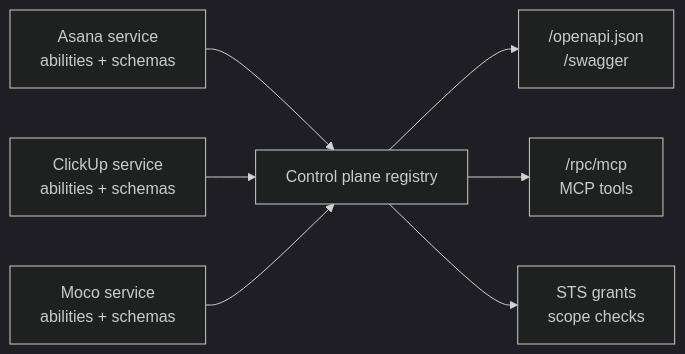
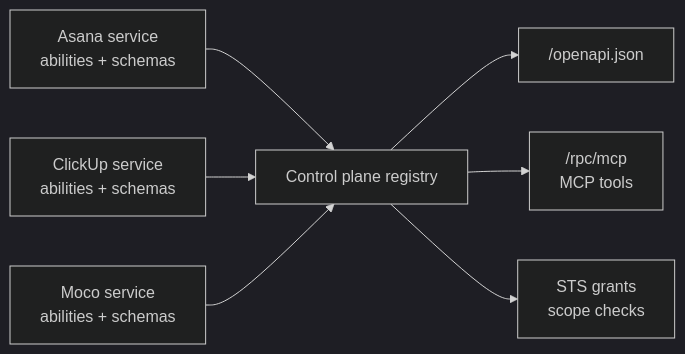
Before and after one commit to JUVOJustin/service-plane: the third of 3 diagrams in docs/architecture.md, drawn with Mermaid (dark theme). The commit also changed other lines of this file and 35 other files, not shown here.

````diff
--- a/docs/architecture.md
+++ b/docs/architecture.md
@@ -74,9 +82,9 @@
 ```mermaid
 flowchart LR
   Asana["Asana service<br/>abilities + schemas"] --> Registry["Control plane registry"]
   ClickUp["ClickUp service<br/>abilities + schemas"] --> Registry
   Moco["Moco service<br/>abilities + schemas"] --> Registry
-  Registry --> OpenAPI["/openapi.json<br/>/swagger"]
+  Registry --> OpenAPI["/openapi.json"]
   Registry --> MCP["/rpc/mcp<br/>MCP tools"]
   Registry --> Grants["STS grants<br/>scope checks"]
 ```
````
